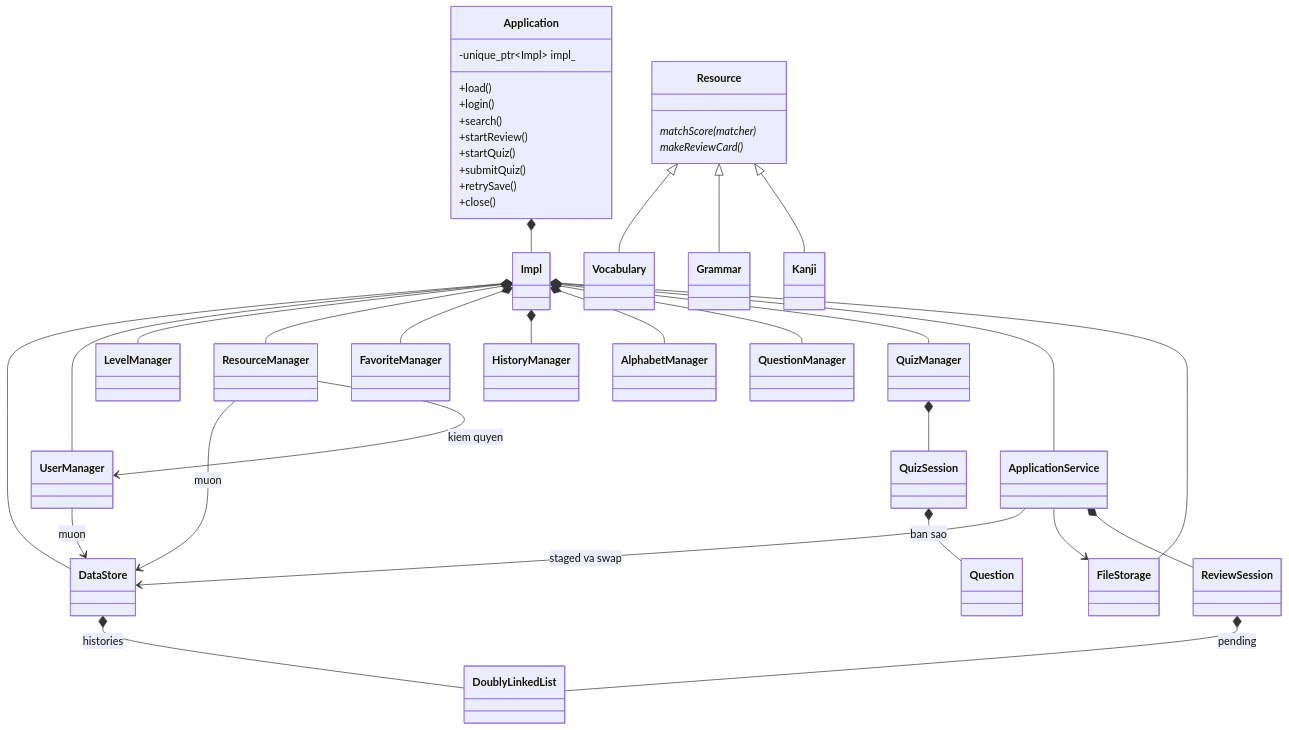
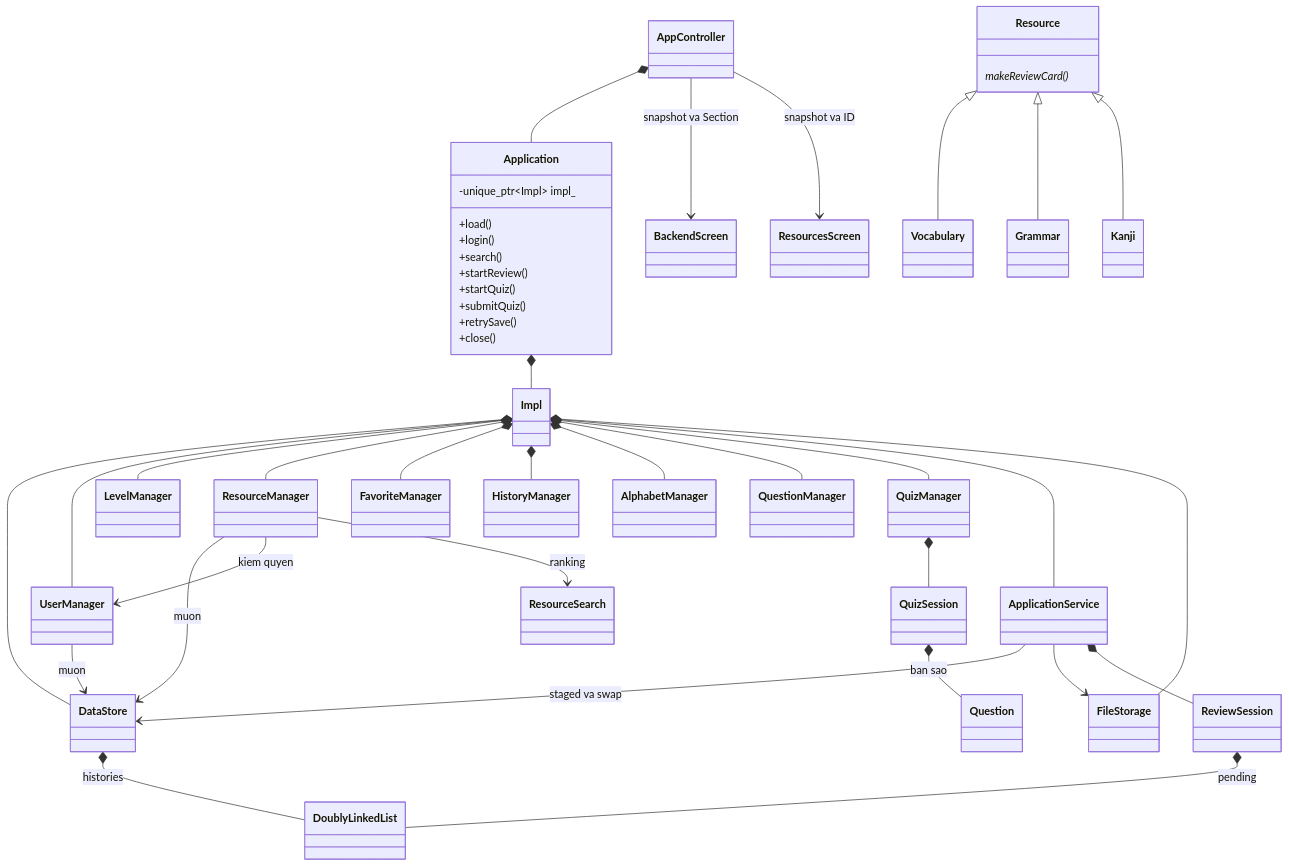
One commit to Mina191207/PBL2_JPN changed the first of 3 diagrams in docs/backend_architecture.md. Above: the diagram before and after it, drawn with Mermaid. The commit also changed other lines of this file and 172 other files, not shown here.

````diff
--- a/docs/backend_architecture.md
+++ b/docs/backend_architecture.md
@@ -9,42 +9,45 @@
 ```mermaid
 classDiagram
     class Application {
         -unique_ptr~Impl~ impl_
         +load()
         +login()
         +search()
         +startReview()
         +startQuiz()
         +submitQuiz()
         +retrySave()
         +close()
     }
     class Impl
+    AppController *-- Application
+    AppController --> BackendScreen : snapshot va Section
+    AppController --> ResourcesScreen : snapshot va ID
     Application *-- Impl
     Impl *-- DataStore
     Impl *-- UserManager
     Impl *-- LevelManager
     Impl *-- ResourceManager
     Impl *-- FavoriteManager
     Impl *-- HistoryManager
     Impl *-- AlphabetManager
     Impl *-- QuestionManager
     Impl *-- QuizManager
     Impl *-- ApplicationService
     Impl *-- FileStorage
     UserManager --> DataStore : muon
     ResourceManager --> DataStore : muon
     ResourceManager --> UserManager : kiem quyen
     ApplicationService --> DataStore : staged va swap
     ApplicationService --> FileStorage
     ApplicationService *-- ReviewSession
     QuizManager *-- QuizSession
     QuizSession *-- Question : ban sao
     ReviewSession *-- DoublyLinkedList : pending
     DataStore *-- DoublyLinkedList : histories
     Resource <|-- Vocabulary
     Resource <|-- Grammar
     Resource <|-- Kanji
-    Resource : matchScore(matcher)*
     Resource : makeReviewCard()*
+    ResourceManager --> ResourceSearch : ranking
 ```
````
